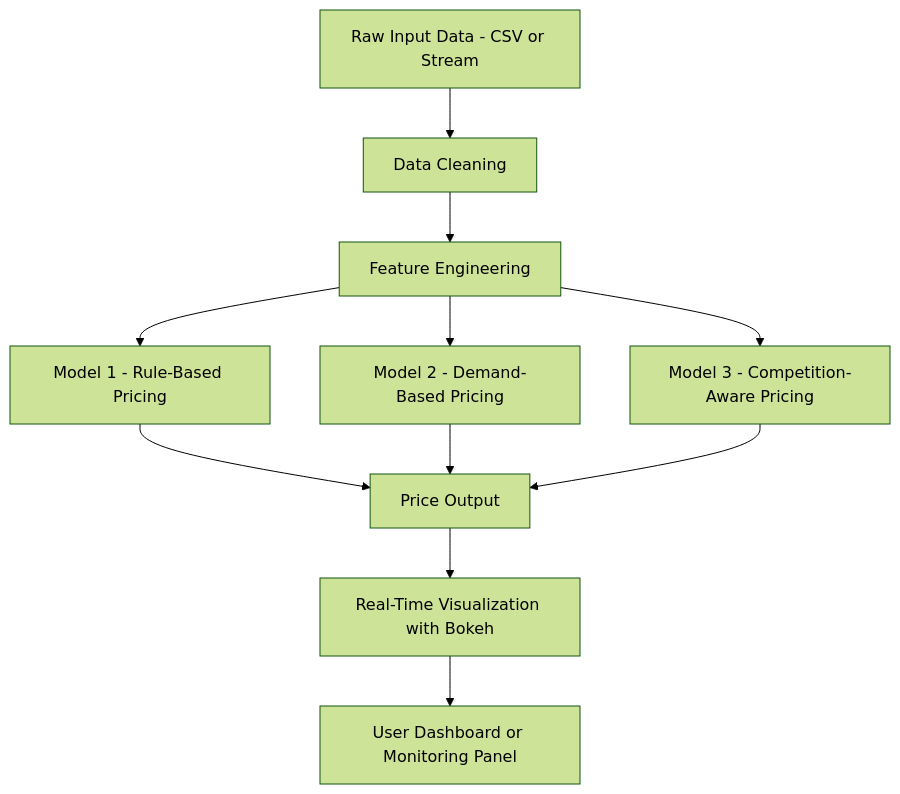
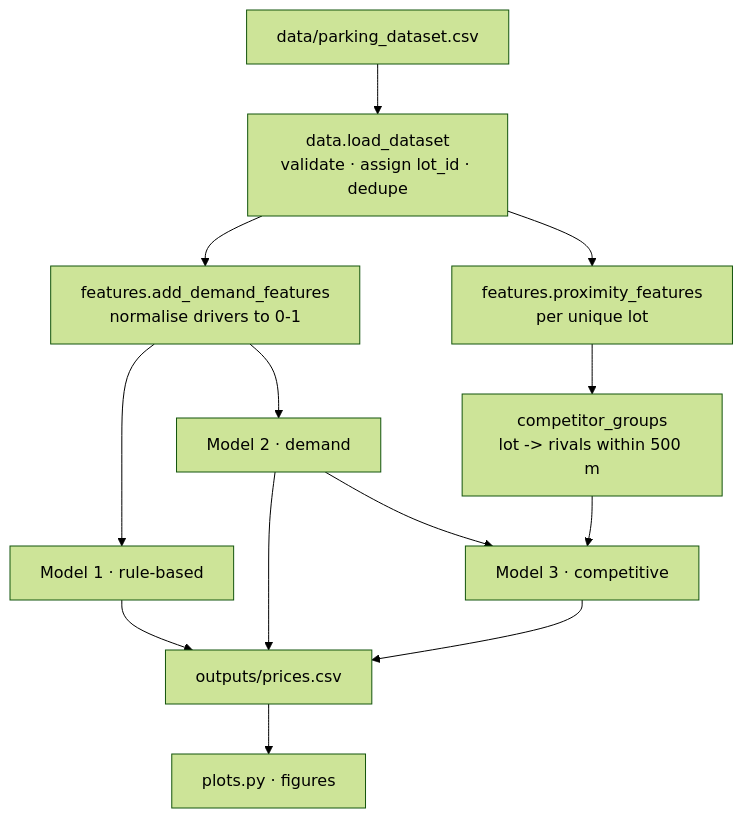
Before and after one commit to shambhavi1635/Capstone_Project: the diagram in README.md, drawn with Mermaid (forest theme). The commit also changed other lines of this file and 32 other files, not shown here.

````diff
--- a/README.md
+++ b/README.md
@@ -28,13 +85,15 @@
 ```mermaid
 graph TD
-    A["Raw Input Data - CSV or Stream"] --> B["Data Cleaning"]
-    B --> C["Feature Engineering"]
-    C --> D1["Model 1 - Rule-Based Pricing"]
-    C --> D2["Model 2 - Demand-Based Pricing"]
-    C --> D3["Model 3 - Competition-Aware Pricing"]
-    D1 --> E["Price Output"]
-    D2 --> E
-    D3 --> E
-    E --> F["Real-Time Visualization with Bokeh"]
-    F --> G["User Dashboard or Monitoring Panel"]
+    A["data/parking_dataset.csv"] --> B["data.load_dataset<br/>validate · assign lot_id · dedupe"]
+    B --> C["features.proximity_features<br/>per unique lot"]
+    B --> D["features.add_demand_features<br/>normalise drivers to 0-1"]
+    C --> E["competitor_groups<br/>lot -> rivals within 500 m"]
+    D --> F["Model 1 · rule-based"]
+    D --> G["Model 2 · demand"]
+    G --> H["Model 3 · competitive"]
+    E --> H
+    F --> I["outputs/prices.csv"]
+    G --> I
+    H --> I
+    I --> J["plots.py · figures"]
 ```
````
